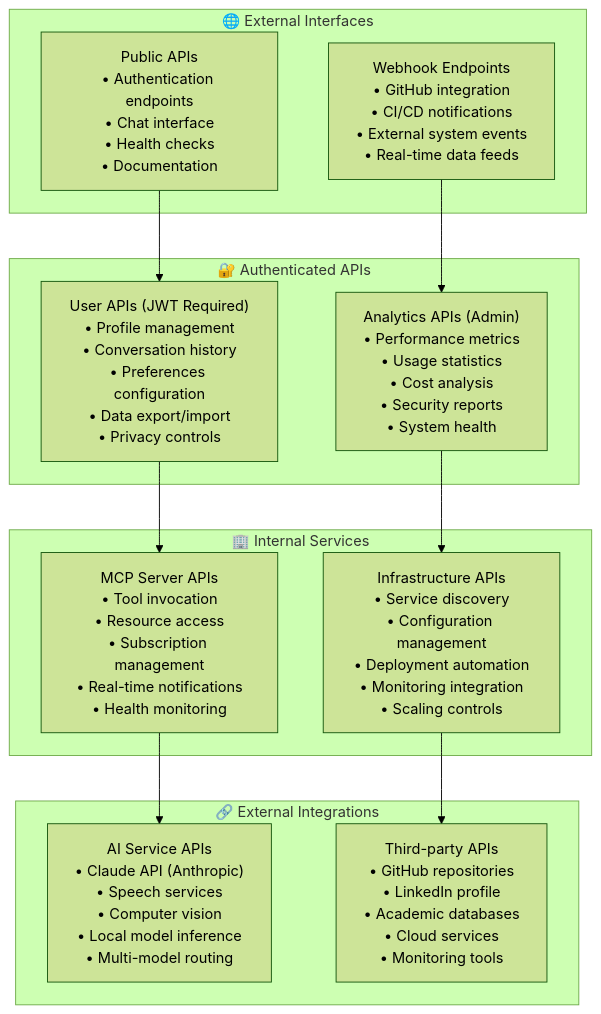
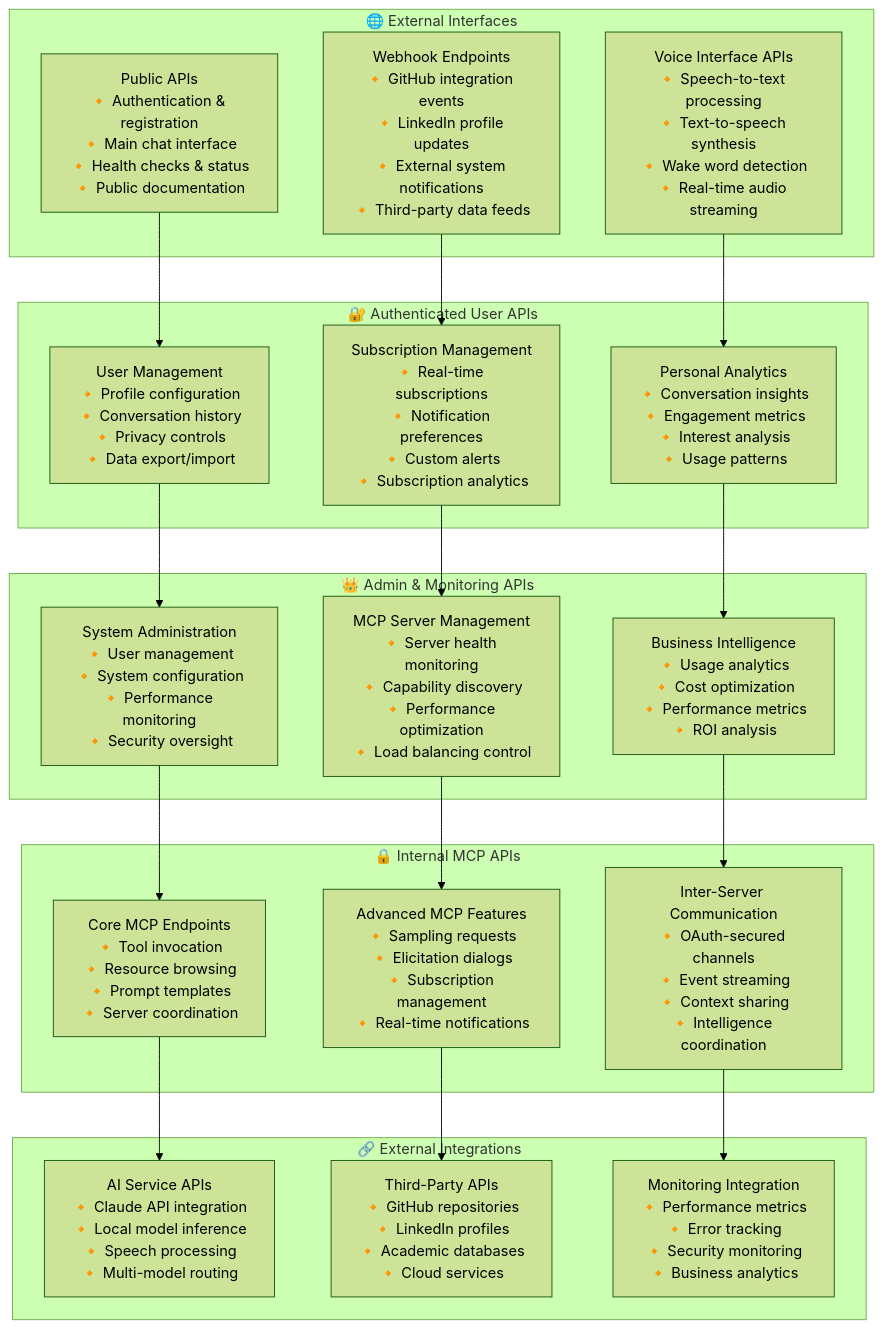
Before and after one commit to LSG-hub/Project-001: the seventh of 13 diagrams in README.md, drawn with Mermaid (forest theme). The commit also changed other lines of this file, not shown here.

````diff
--- a/README.md
+++ b/README.md
@@ -678,33 +1123,58 @@
 ```mermaid
 graph TB
-    subgraph External["🌐 External Interfaces"]
-        Public["Public APIs<br/>• Authentication endpoints<br/>• Chat interface<br/>• Health checks<br/>• Documentation"]
+    subgraph "🌐 External Interfaces"
+        Public["Public APIs<br/>🔸 Authentication & registration<br/>🔸 Main chat interface<br/>🔸 Health checks & status<br/>🔸 Public documentation"]
         
-        Webhooks["Webhook Endpoints<br/>• GitHub integration<br/>• CI/CD notifications<br/>• External system events<br/>• Real-time data feeds"]
+        Webhooks["Webhook Endpoints<br/>🔸 GitHub integration events<br/>🔸 LinkedIn profile updates<br/>🔸 External system notifications<br/>🔸 Third-party data feeds"]
+        
+        Voice["Voice Interface APIs<br/>🔸 Speech-to-text processing<br/>🔸 Text-to-speech synthesis<br/>🔸 Wake word detection<br/>🔸 Real-time audio streaming"]
     end
     
-    subgraph Authenticated["🔐 Authenticated APIs"]
-        User["User APIs (JWT Required)<br/>• Profile management<br/>• Conversation history<br/>• Preferences configuration<br/>• Data export/import<br/>• Privacy controls"]
+    subgraph "🔐 Authenticated User APIs"
+        UserMgmt["User Management<br/>🔸 Profile configuration<br/>🔸 Conversation history<br/>🔸 Privacy controls<br/>🔸 Data export/import"]
         
-        Analytics["Analytics APIs (Admin)<br/>• Performance metrics<br/>• Usage statistics<br/>• Cost analysis<br/>• Security reports<br/>• System health"]
+        Subscriptions["Subscription Management<br/>🔸 Real-time subscriptions<br/>🔸 Notification preferences<br/>🔸 Custom alerts<br/>🔸 Subscription analytics"]
+        
+        Analytics["Personal Analytics<br/>🔸 Conversation insights<br/>🔸 Engagement metrics<br/>🔸 Interest analysis<br/>🔸 Usage patterns"]
     end
     
-    subgraph Internal["🏢 Internal Services"]
-        MCP["MCP Server APIs<br/>• Tool invocation<br/>• Resource access<br/>• Subscription management<br/>• Real-time notifications<br/>• Health monitoring"]
+    subgraph "👑 Admin & Monitoring APIs"
+        AdminMgmt["System Administration<br/>🔸 User management<br/>🔸 System configuration<br/>🔸 Performance monitoring<br/>🔸 Security oversight"]
         
-        Infrastructure["Infrastructure APIs<br/>• Service discovery<br/>• Configuration management<br/>• Deployment automation<br/>• Monitoring integration<br/>• Scaling controls"]
+        MCPAdmin["MCP Server Management<br/>🔸 Server health monitoring<br/>🔸 Capability discovery<br/>🔸 Performance optimization<br/>🔸 Load balancing control"]
+        
+        BusinessIntel["Business Intelligence<br/>🔸 Usage analytics<br/>🔸 Cost optimization<br/>🔸 Performance metrics<br/>🔸 ROI analysis"]
     end
     
-    subgraph Integration["🔗 External Integrations"]
-        AI["AI Service APIs<br/>• Claude API (Anthropic)<br/>• Speech services<br/>• Computer vision<br/>• Local model inference<br/>• Multi-model routing"]
+    subgraph "🔒 Internal MCP APIs"
+        MCPCore["Core MCP Endpoints<br/>🔸 Tool invocation<br/>🔸 Resource browsing<br/>🔸 Prompt templates<br/>🔸 Server coordination"]
         
-        ThirdParty["Third-party APIs<br/>• GitHub repositories<br/>• LinkedIn profile<br/>• Academic databases<br/>• Cloud services<br/>• Monitoring tools"]
+        MCPAdvanced["Advanced MCP Features<br/>🔸 Sampling requests<br/>🔸 Elicitation dialogs<br/>🔸 Subscription management<br/>🔸 Real-time notifications"]
+        
+        ServerComm["Inter-Server Communication<br/>🔸 OAuth-secured channels<br/>🔸 Event streaming<br/>🔸 Context sharing<br/>🔸 Intelligence coordination"]
     end
     
-    Public --> User
-    Webhooks --> Analytics
-    User --> MCP
-    Analytics --> Infrastructure
-    MCP --> AI
-    Infrastructure --> ThirdParty
+    subgraph "🔗 External Integrations"
+        AIServices["AI Service APIs<br/>🔸 Claude API integration<br/>🔸 Local model inference<br/>🔸 Speech processing<br/>🔸 Multi-model routing"]
+        
+        ThirdParty["Third-Party APIs<br/>🔸 GitHub repositories<br/>🔸 LinkedIn profiles<br/>🔸 Academic databases<br/>🔸 Cloud services"]
+        
+        Monitoring["Monitoring Integration<br/>🔸 Performance metrics<br/>🔸 Error tracking<br/>🔸 Security monitoring<br/>🔸 Business analytics"]
+    end
+    
+    Public --> UserMgmt
+    Webhooks --> Subscriptions
+    Voice --> Analytics
+    
+    UserMgmt --> AdminMgmt
+    Subscriptions --> MCPAdmin
+    Analytics --> BusinessIntel
+    
+    AdminMgmt --> MCPCore
+    MCPAdmin --> MCPAdvanced
+    BusinessIntel --> ServerComm
+    
+    MCPCore --> AIServices
+    MCPAdvanced --> ThirdParty
+    ServerComm --> Monitoring
 ```
````
